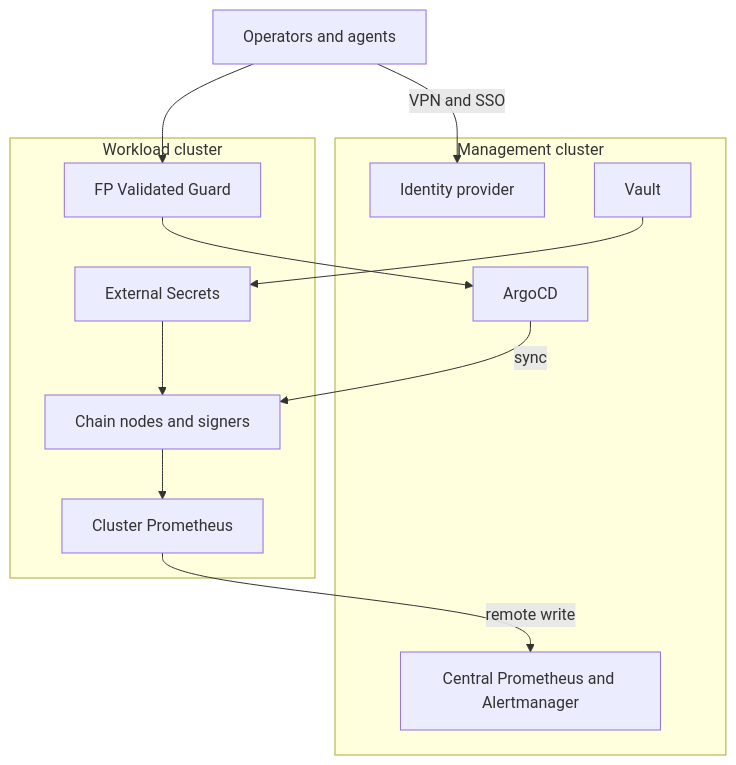
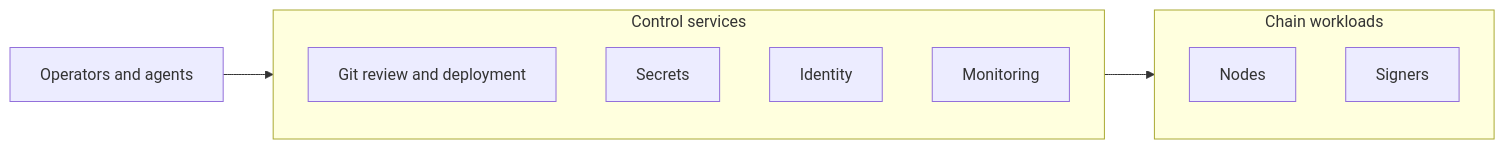
Before and after one commit to FP-Validated/fp-validated-docs: the diagram in website/docs/fp-validated-infra/overview.md, drawn with Mermaid. The commit also changed other lines of this file and 20 other files, not shown here.

````diff
--- a/website/docs/fp-validated-infra/overview.md
+++ b/website/docs/fp-validated-infra/overview.md
@@ -11,27 +11,19 @@
 ```mermaid
-flowchart TB
+flowchart LR
   ops[Operators and agents]
 
-  subgraph mgmt[Management cluster]
-    idp[Identity provider]
-    argo[ArgoCD]
-    vault[Vault]
-    prom[Central Prometheus and Alertmanager]
+  subgraph control[Control services]
+    change[Git review and deployment]
+    secrets[Secrets]
+    identity[Identity]
+    monitoring[Monitoring]
   end
 
-  subgraph work[Workload cluster]
-    guard[FP Validated Guard]
-    eso[External Secrets]
-    chains[Chain nodes and signers]
-    cprom[Cluster Prometheus]
+  subgraph workloads[Chain workloads]
+    nodes[Nodes]
+    signers[Signers]
   end
 
-  ops -- VPN and SSO --> idp
-  ops --> guard
-  guard --> argo
-  argo -- sync --> chains
-  vault --> eso
-  eso --> chains
-  chains --> cprom
-  cprom -- remote write --> prom
+  ops --> control
+  control --> workloads
 ```
````
